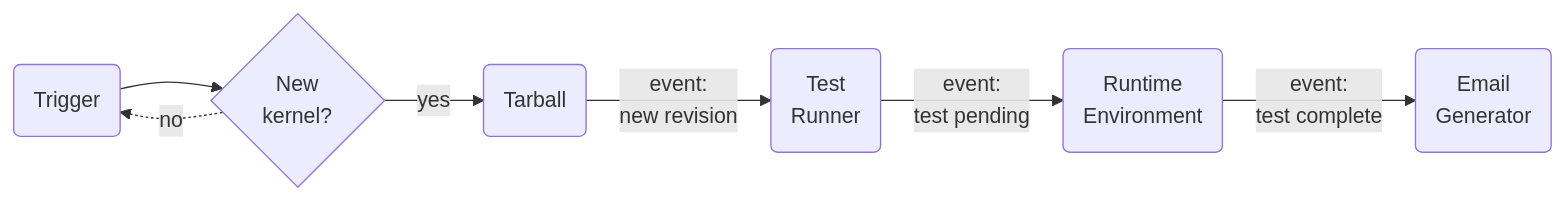
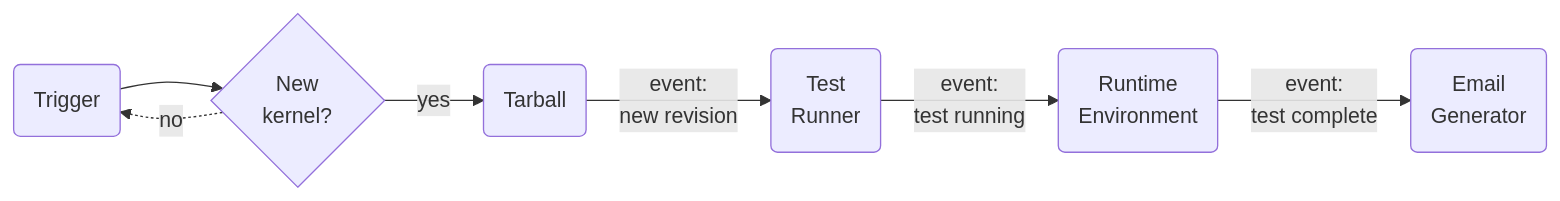
Before and after one commit to kernelci/kernelci-api: the second of 2 diagrams in doc/overview.md, drawn with Mermaid. The commit also changed other lines of this file, not shown here.

````diff
--- a/doc/overview.md
+++ b/doc/overview.md
@@ -80,9 +80,9 @@
 ```mermaid
 graph LR
   trigger(Trigger) --> new{New <br /> kernel?}
   new --> |yes| tarball(Tarball)
   new -.-> |no| trigger
   tarball --> |event: <br /> new revision| runner(Test <br /> Runner)
-  runner --> |event: <br /> test pending| runtime(Runtime <br /> Environment)
+  runner --> |event: <br /> test running| runtime(Runtime <br /> Environment)
   runtime --> |event: <br /> test complete| email(Email <br /> Generator)
 ```
````
